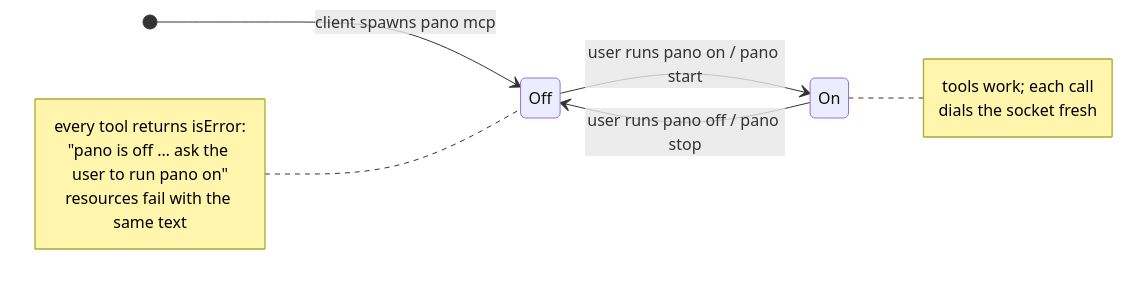
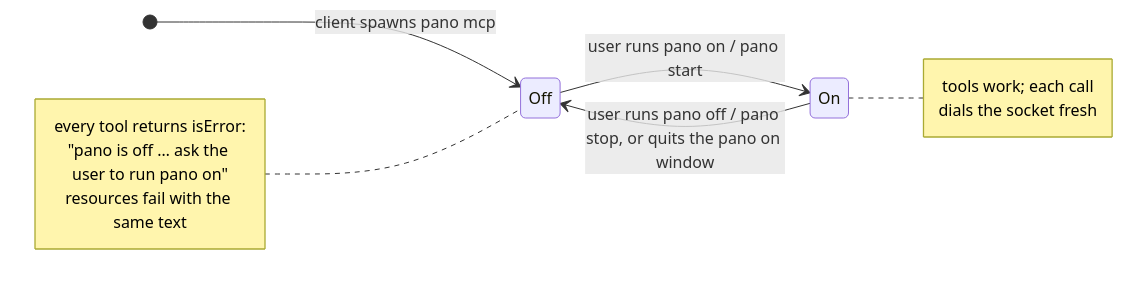
One commit to OrRon/pano changed the fourth of 4 diagrams in docs/mcp-protocol.md. Above: the diagram before and after it, drawn with Mermaid. The commit also changed other lines of this file and 31 other files, not shown here.

First line of the commit message:
feat(cli): pano on opens the UI; quitting it turns pano off (ADR 0009)

````diff
--- a/docs/mcp-protocol.md
+++ b/docs/mcp-protocol.md
@@ -212,16 +213,16 @@
 ```mermaid
 stateDiagram-v2
     direction LR
     [*] --> Off: client spawns pano mcp
     Off --> On: user runs pano on / pano start
-    On --> Off: user runs pano off / pano stop
+    On --> Off: user runs pano off / pano stop, or quits the pano on window
     note left of Off
         every tool returns isError:
         "pano is off … ask the user to run pano on"
         resources fail with the same text
     end note
     note right of On
         tools work; each call
         dials the socket fresh
     end note
 ```
````
